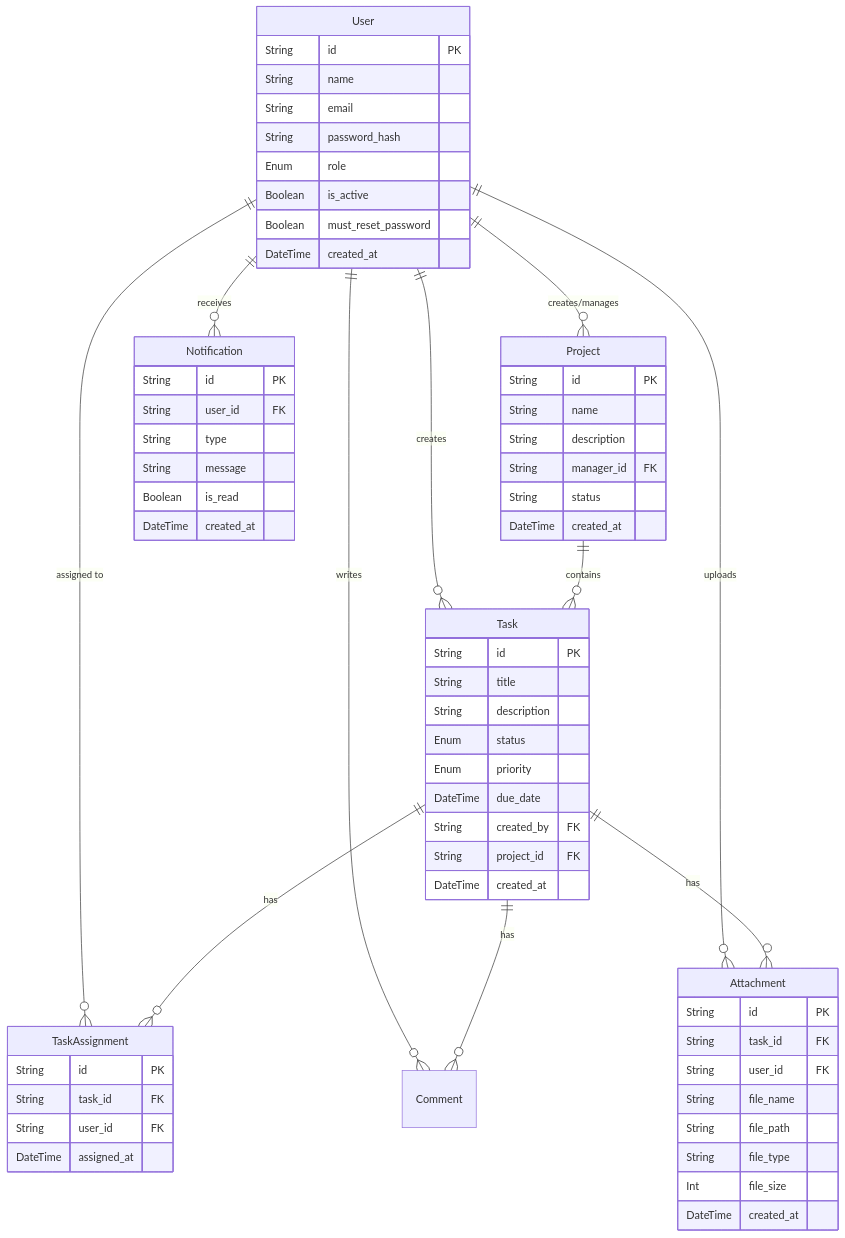
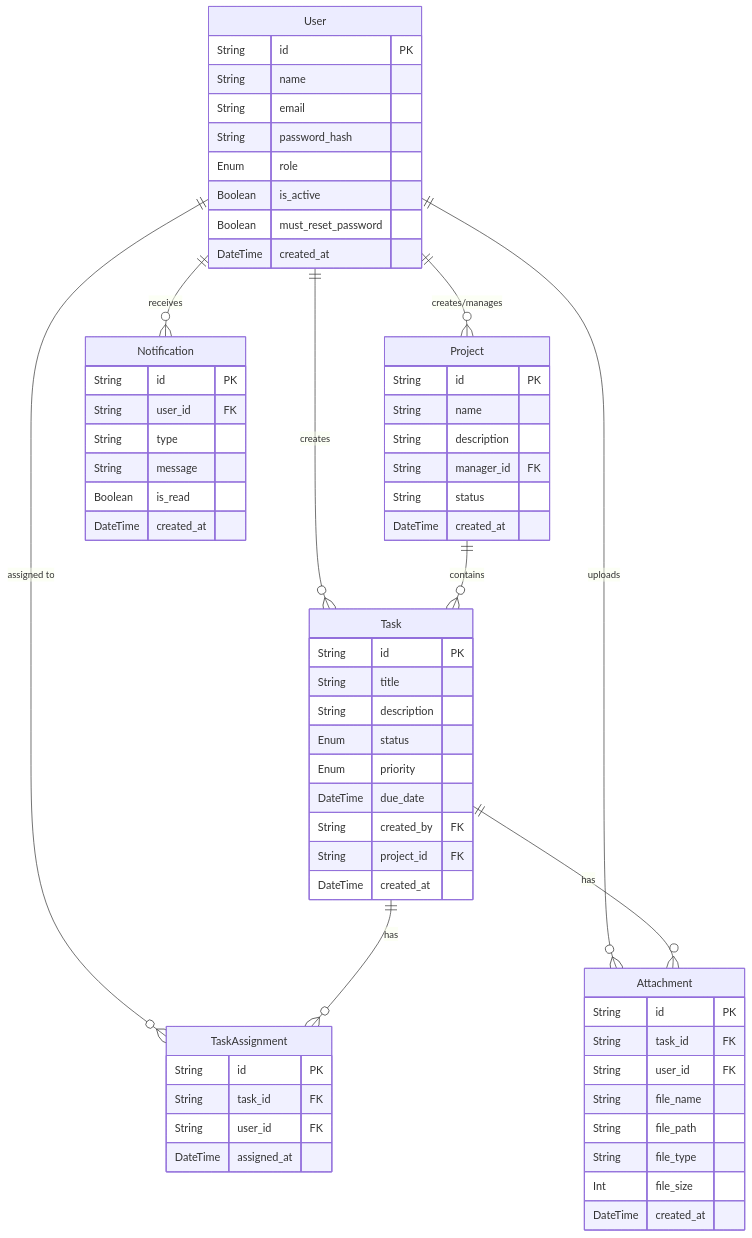
The second of 3 diagrams in SYSTEM_DOCUMENTATION.md (salomsanjeriel/Task-Management-System-New), drawn with Mermaid before and after one commit. The commit also changed other lines of this file, not shown here.

Commit message:
docs: remove comment-related associations and redundant whitespace from system documentation

````diff
--- a/SYSTEM_DOCUMENTATION.md
+++ b/SYSTEM_DOCUMENTATION.md
@@ -78,75 +78,73 @@
 ```mermaid
 erDiagram
     User ||--o{ Project : "creates/manages"
     User ||--o{ Task : "creates"
     User ||--o{ TaskAssignment : "assigned to"
-    User ||--o{ Comment : "writes"
     User ||--o{ Attachment : "uploads"
     User ||--o{ Notification : "receives"
     
     Project ||--o{ Task : "contains"
     
     Task ||--o{ TaskAssignment : "has"
-    Task ||--o{ Comment : "has"
     Task ||--o{ Attachment : "has"
 
     User {
         String id PK
         String name
         String email
         String password_hash
         Enum role
         Boolean is_active
         Boolean must_reset_password
         DateTime created_at
     }
 
     Project {
         String id PK
         String name
         String description
         String manager_id FK
         String status
         DateTime created_at
     }
 
     Task {
         String id PK
         String title
         String description
         Enum status
         Enum priority
         DateTime due_date
         String created_by FK
         String project_id FK
         DateTime created_at
     }
 
     TaskAssignment {
         String id PK
         String task_id FK
         String user_id FK
         DateTime assigned_at
     }
 
    
     Notification {
         String id PK
         String user_id FK
         String type
         String message
         Boolean is_read
         DateTime created_at
     }
 
     Attachment {
         String id PK
         String task_id FK
         String user_id FK
         String file_name
         String file_path
         String file_type
         Int file_size
         DateTime created_at
     }
 ```
````
